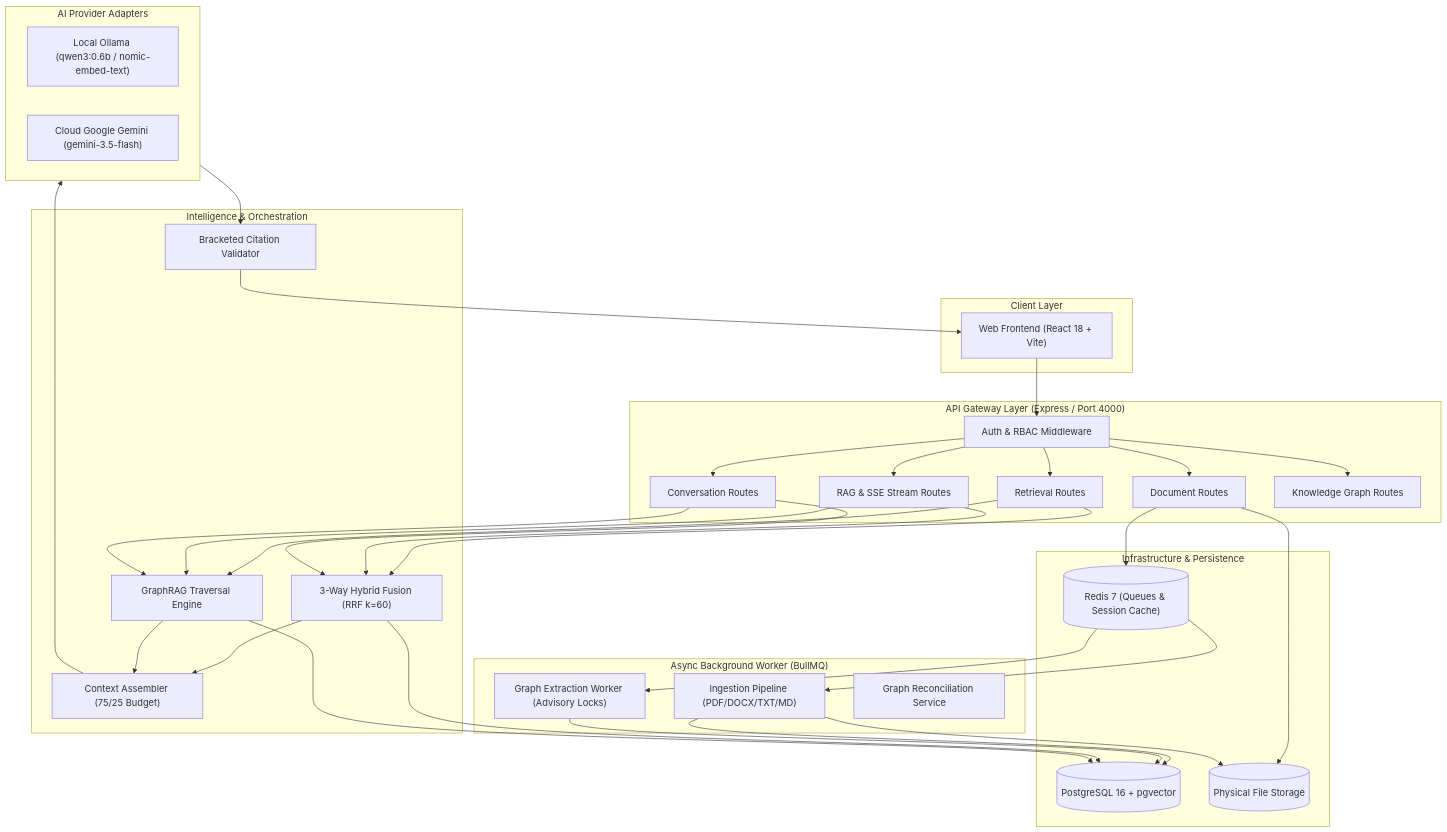
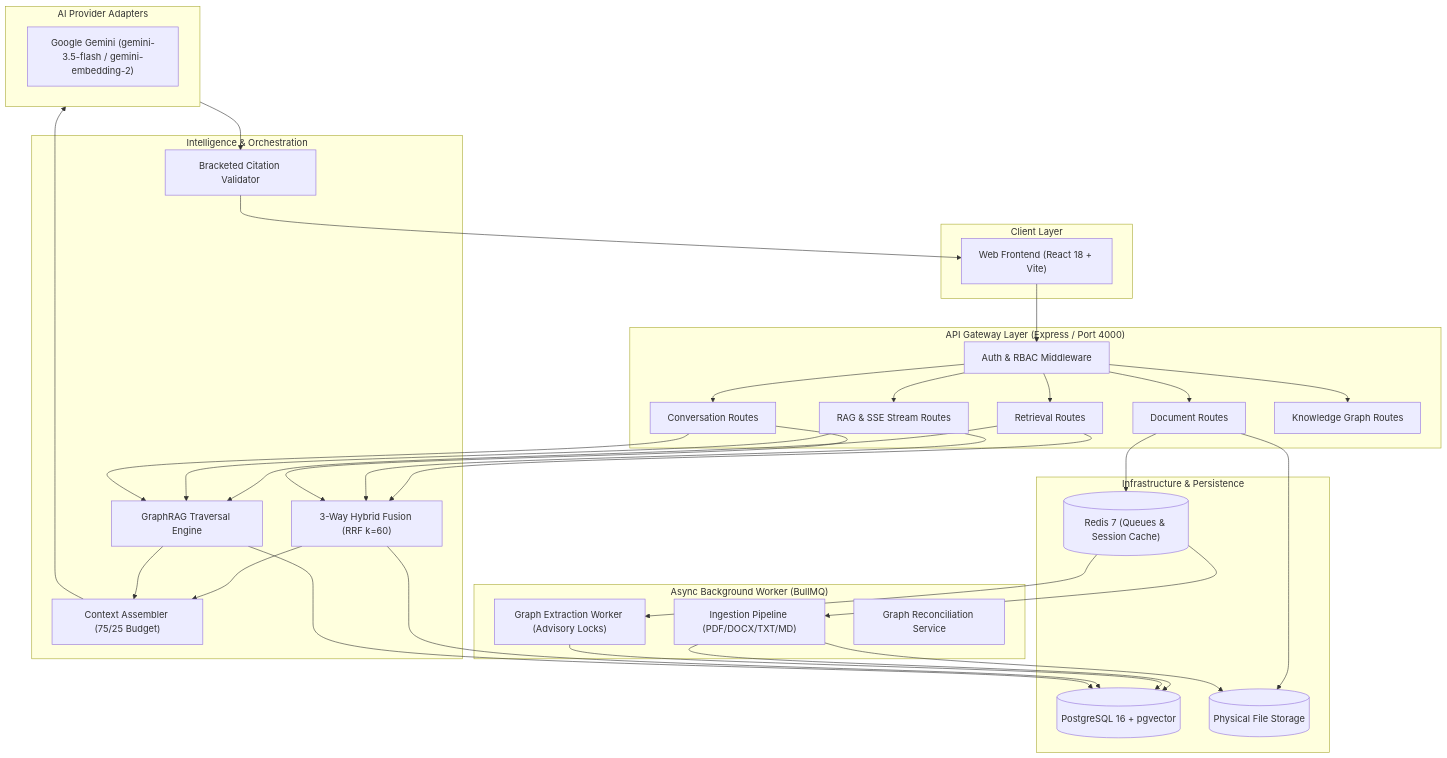
One commit to Mohit-rpt/MindVault changed the diagram in README.md. Above: the diagram before and after it, drawn with Mermaid. The commit also changed other lines of this file and 59 other files, not shown here.

Commit message:
docs: consolidate phase audit reports, sprint architecture guides, and deployment operations manual

````diff
--- a/README.md
+++ b/README.md
@@ -47,54 +47,53 @@
 ```mermaid
 flowchart TD
     subgraph Client ["Client Layer"]
         Web["Web Frontend (React 18 + Vite)"]
     end
 
     subgraph API ["API Gateway Layer (Express / Port 4000)"]
         AuthMid["Auth & RBAC Middleware"]
         DocRoutes["Document Routes"]
         RetRoutes["Retrieval Routes"]
         RAGRoutes["RAG & SSE Stream Routes"]
         ConvRoutes["Conversation Routes"]
         GraphRoutes["Knowledge Graph Routes"]
     end
 
     subgraph Core ["Intelligence & Orchestration"]
         RRF["3-Way Hybrid Fusion (RRF k=60)"]
         GraphRAG["GraphRAG Traversal Engine"]
         ContextAssm["Context Assembler (75/25 Budget)"]
         CitationVal["Bracketed Citation Validator"]
     end
 
     subgraph WorkerLayer ["Async Background Worker (BullMQ)"]
         IngestWorker["Ingestion Pipeline (PDF/DOCX/TXT/MD)"]
         GraphWorker["Graph Extraction Worker (Advisory Locks)"]
         Reconcile["Graph Reconciliation Service"]
     end
 
     subgraph Storage ["Infrastructure & Persistence"]
         Postgres[("PostgreSQL 16 + pgvector")]
         RedisDB[("Redis 7 (Queues & Session Cache)")]
         DiskStorage[("Physical File Storage")]
     end
 
     subgraph Providers ["AI Provider Adapters"]
-        OllamaLocal["Local Ollama (qwen3:0.6b / nomic-embed-text)"]
-        GeminiCloud["Cloud Google Gemini (gemini-3.5-flash)"]
+        GeminiCloud["Google Gemini (gemini-3.5-flash / gemini-embedding-2)"]
     end
 
     Web --> AuthMid
     AuthMid --> DocRoutes & RetRoutes & RAGRoutes & ConvRoutes & GraphRoutes
     DocRoutes --> RedisDB
     DocRoutes --> DiskStorage
     RedisDB --> IngestWorker & GraphWorker
     IngestWorker --> DiskStorage & Postgres
     GraphWorker --> Postgres
     RetRoutes & RAGRoutes & ConvRoutes --> RRF & GraphRAG
     RRF & GraphRAG --> ContextAssm
     ContextAssm --> Providers
     Providers --> CitationVal
     CitationVal --> Web
     RRF --> Postgres
     GraphRAG --> Postgres
 ```
````
